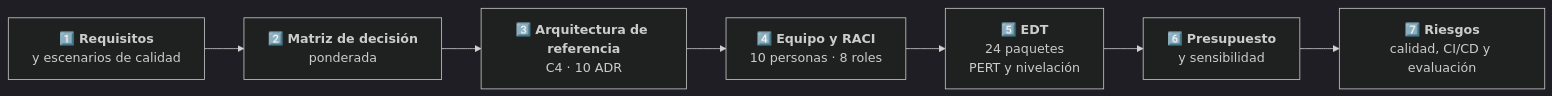
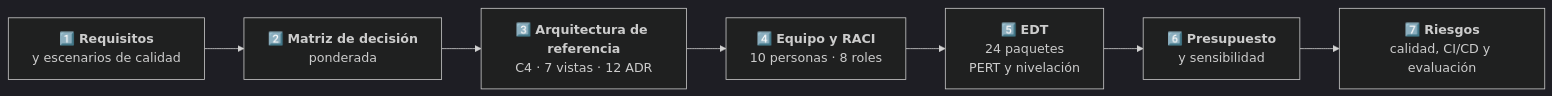
Before and after one commit to AlejoTechEngineer/veriagent-einvoice-latam: the diagram in entrega-3-borrador-final/README.md, drawn with Mermaid (dark theme). The commit also changed other lines of this file and 7 other files, not shown here.

````diff
--- a/entrega-3-borrador-final/README.md
+++ b/entrega-3-borrador-final/README.md
@@ -209,9 +248,9 @@
 ```mermaid
 flowchart LR
     RQ["1️⃣ <b>Requisitos</b><br/>y escenarios de calidad"] --> DEC["2️⃣ <b>Matriz de decisión</b><br/>ponderada"]
-    DEC --> ARQ["3️⃣ <b>Arquitectura de referencia</b><br/>C4 · 10 ADR"]
+    DEC --> ARQ["3️⃣ <b>Arquitectura de referencia</b><br/>C4 · 7 vistas · 12 ADR"]
     ARQ --> EQ["4️⃣ <b>Equipo y RACI</b><br/>10 personas · 8 roles"]
     EQ --> EDT["5️⃣ <b>EDT</b><br/>24 paquetes<br/>PERT y nivelación"]
     EDT --> PRE["6️⃣ <b>Presupuesto</b><br/>y sensibilidad"]
     PRE --> RIE["7️⃣ <b>Riesgos</b><br/>calidad, CI/CD y evaluación"]
 ```
````
